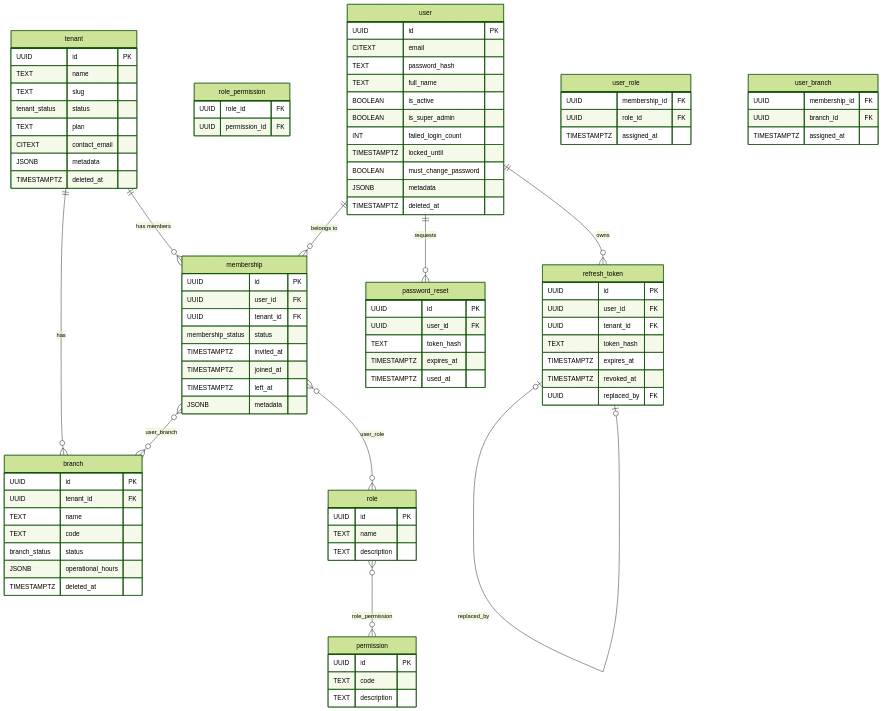
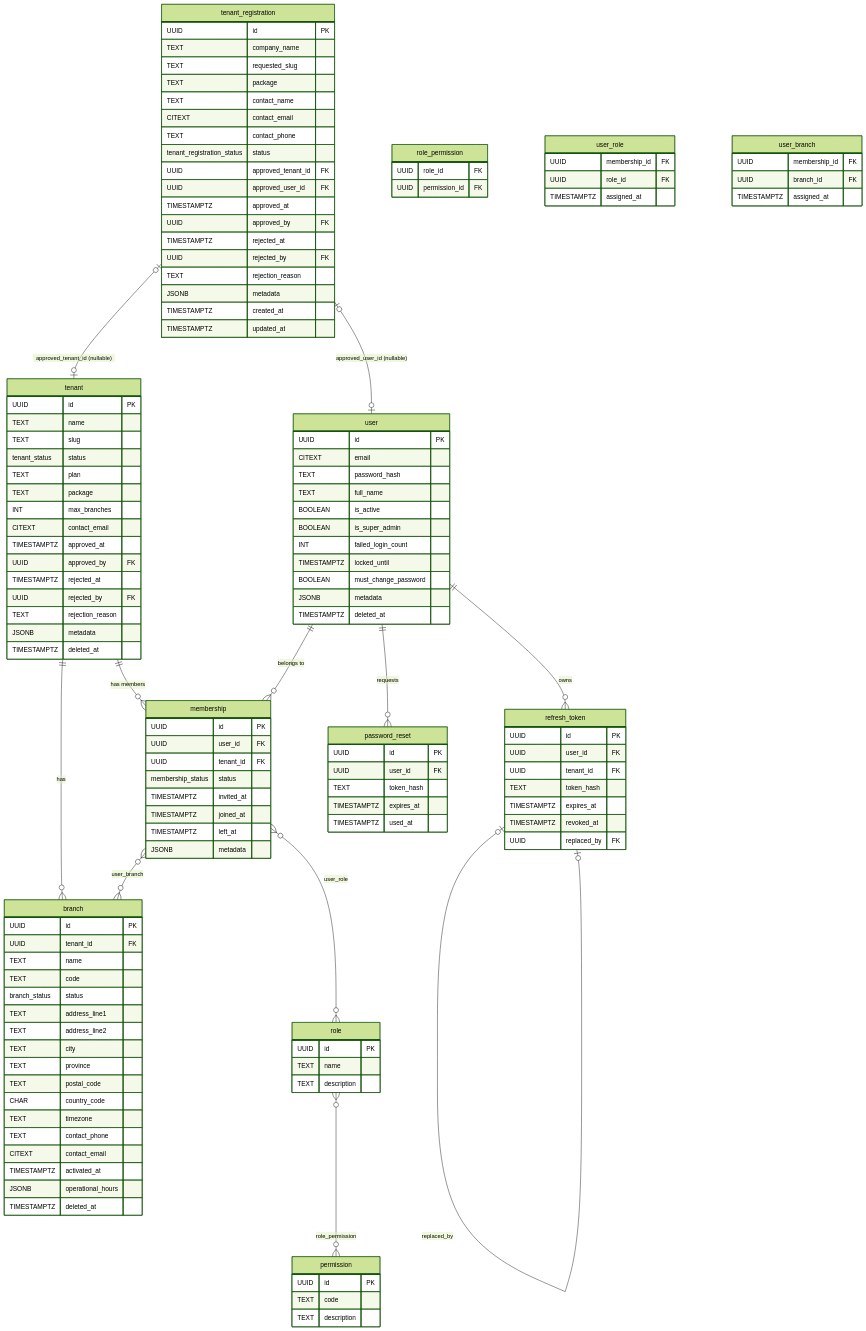
One commit to chrisanlung/agents changed the first of 8 diagrams in docs/DATA_MODEL.md. Above: the diagram before and after it, drawn with Mermaid (forest theme). The commit also changed other lines of this file and 138 other files, not shown here.

````diff
--- a/docs/DATA_MODEL.md
+++ b/docs/DATA_MODEL.md
@@ -30,7 +30,14 @@
         TEXT slug
         tenant_status status
         TEXT plan
+        TEXT package
+        INT max_branches
         CITEXT contact_email
+        TIMESTAMPTZ approved_at
+        UUID approved_by FK
+        TIMESTAMPTZ rejected_at
+        UUID rejected_by FK
+        TEXT rejection_reason
         JSONB metadata
         TIMESTAMPTZ deleted_at
     }
@@ -40,8 +47,38 @@
         TEXT name
         TEXT code
         branch_status status
+        TEXT address_line1
+        TEXT address_line2
+        TEXT city
+        TEXT province
+        TEXT postal_code
+        CHAR country_code
+        TEXT timezone
+        TEXT contact_phone
+        CITEXT contact_email
+        TIMESTAMPTZ activated_at
         JSONB operational_hours
         TIMESTAMPTZ deleted_at
+    }
+    tenant_registration {
+        UUID id PK
+        TEXT company_name
+        TEXT requested_slug
+        TEXT package
+        TEXT contact_name
+        CITEXT contact_email
+        TEXT contact_phone
+        tenant_registration_status status
+        UUID approved_tenant_id FK
+        UUID approved_user_id FK
+        TIMESTAMPTZ approved_at
+        UUID approved_by FK
+        TIMESTAMPTZ rejected_at
+        UUID rejected_by FK
+        TEXT rejection_reason
+        JSONB metadata
+        TIMESTAMPTZ created_at
+        TIMESTAMPTZ updated_at
     }
     role {
         UUID id PK
@@ -116,4 +153,6 @@
     user ||--o{ refresh_token : "owns"
     user ||--o{ password_reset : "requests"
     refresh_token o|--o| refresh_token : "replaced_by"
+    tenant_registration o|--o| tenant : "approved_tenant_id (nullable)"
+    tenant_registration o|--o| user : "approved_user_id (nullable)"
 ```
````
